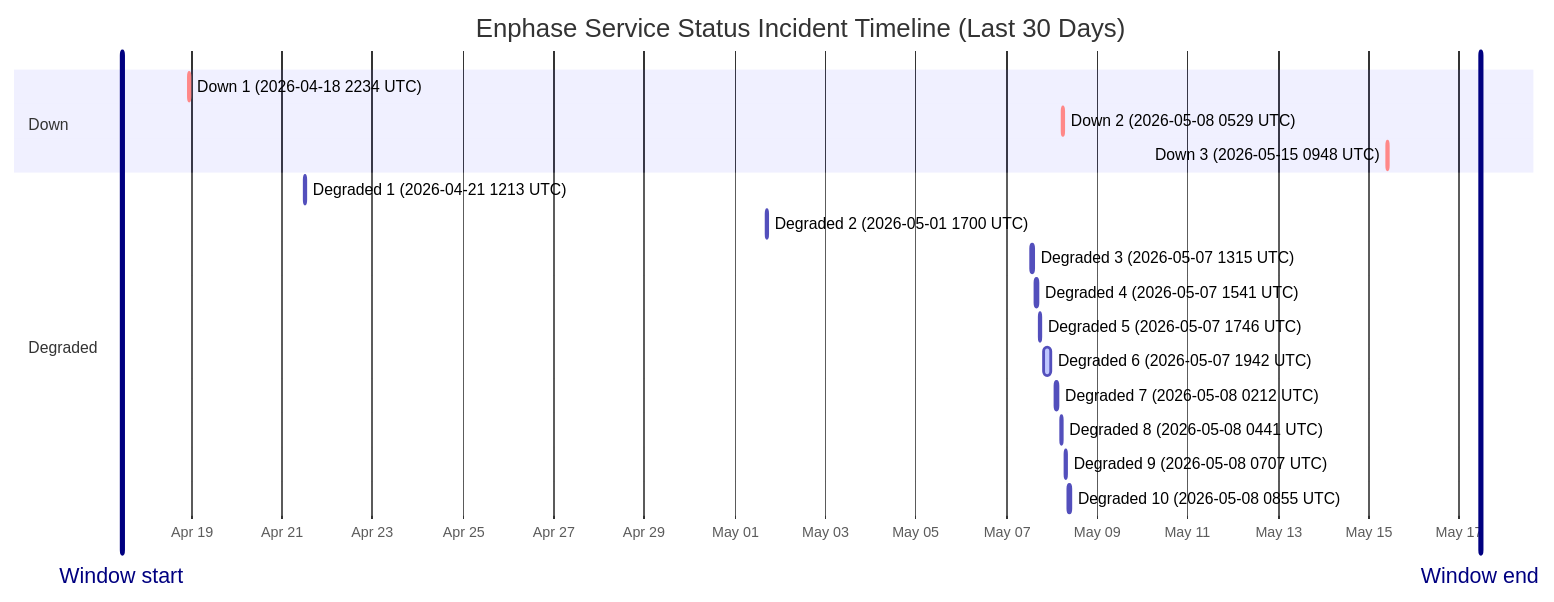
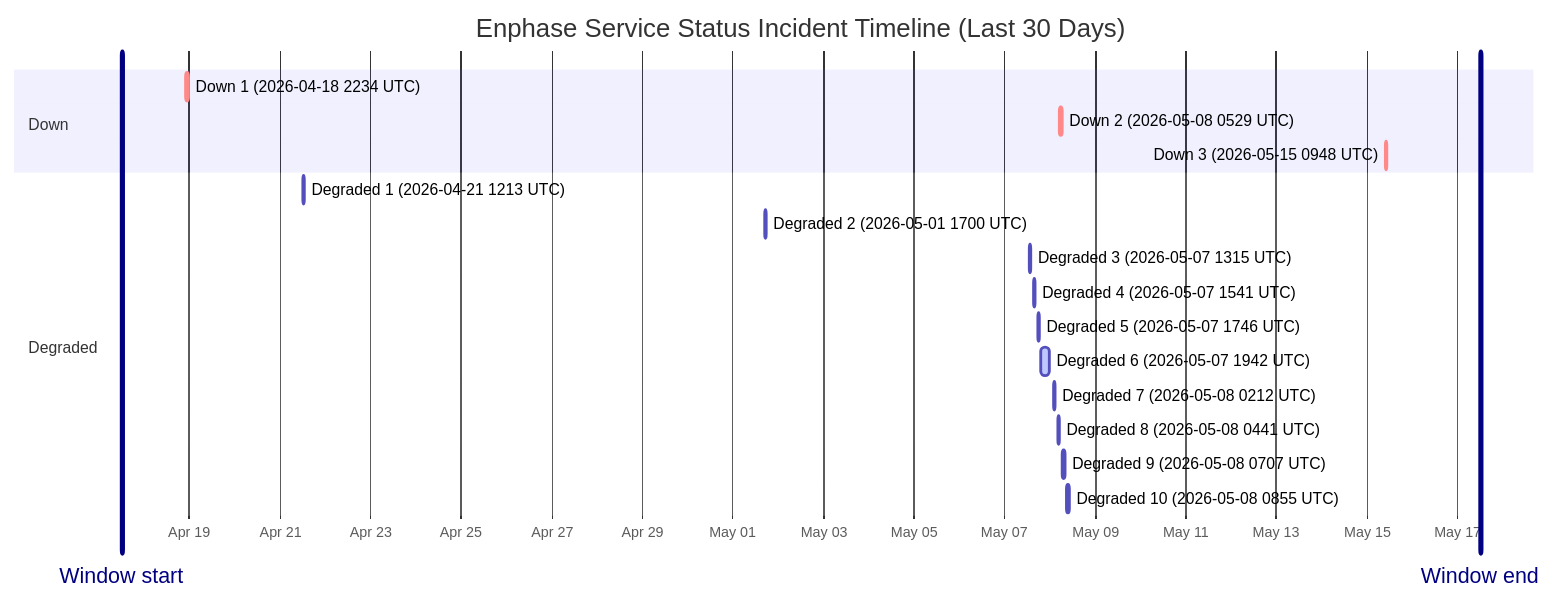
The diagram in wiki/Service-Status-History.md (barneyonline/ha-enphase-ev-charger), drawn with Mermaid before and after one commit. The commit also changed other lines of this file and 3 other files, not shown here.

````diff
--- a/wiki/Service-Status-History.md
+++ b/wiki/Service-Status-History.md
@@ -14,23 +14,23 @@
 ```mermaid
 gantt
     title Enphase Service Status Incident Timeline (Last 30 Days)
     dateFormat  YYYY-MM-DDTHH:mm:ss
     axisFormat  %b %d
-    Window start :vert, window-start, 2026-04-17T11:05:03, 0ms
-    Window end :vert, window-end, 2026-05-17T11:05:03, 0ms
+    Window start :vert, window-start, 2026-04-17T12:10:36, 0ms
+    Window end :vert, window-end, 2026-05-17T12:10:36, 0ms
     section Down
     Down 1 (2026-04-18 2234 UTC) :crit, down-1, 2026-04-18T22:34:13, 60m
     Down 2 (2026-05-08 0529 UTC) :crit, down-2, 2026-05-08T05:29:47, 60m
     Down 3 (2026-05-15 0948 UTC) :crit, down-3, 2026-05-15T09:48:18, 60m
     section Degraded
     Degraded 1 (2026-04-21 1213 UTC) :active, degraded-1, 2026-04-21T12:13:11, 60m
     Degraded 2 (2026-05-01 1700 UTC) :active, degraded-2, 2026-05-01T17:00:22, 60m
     Degraded 3 (2026-05-07 1315 UTC) :active, degraded-3, 2026-05-07T13:15:25, 60m
     Degraded 4 (2026-05-07 1541 UTC) :active, degraded-4, 2026-05-07T15:41:58, 60m
     Degraded 5 (2026-05-07 1746 UTC) :active, degraded-5, 2026-05-07T17:46:51, 60m
     Degraded 6 (2026-05-07 1942 UTC) :active, degraded-6, 2026-05-07T19:42:10, 249m
     Degraded 7 (2026-05-08 0212 UTC) :active, degraded-7, 2026-05-08T02:12:39, 60m
     Degraded 8 (2026-05-08 0441 UTC) :active, degraded-8, 2026-05-08T04:41:46, 60m
     Degraded 9 (2026-05-08 0707 UTC) :active, degraded-9, 2026-05-08T07:07:30, 60m
     Degraded 10 (2026-05-08 0855 UTC) :active, degraded-10, 2026-05-08T08:55:20, 88m
 ```
````
